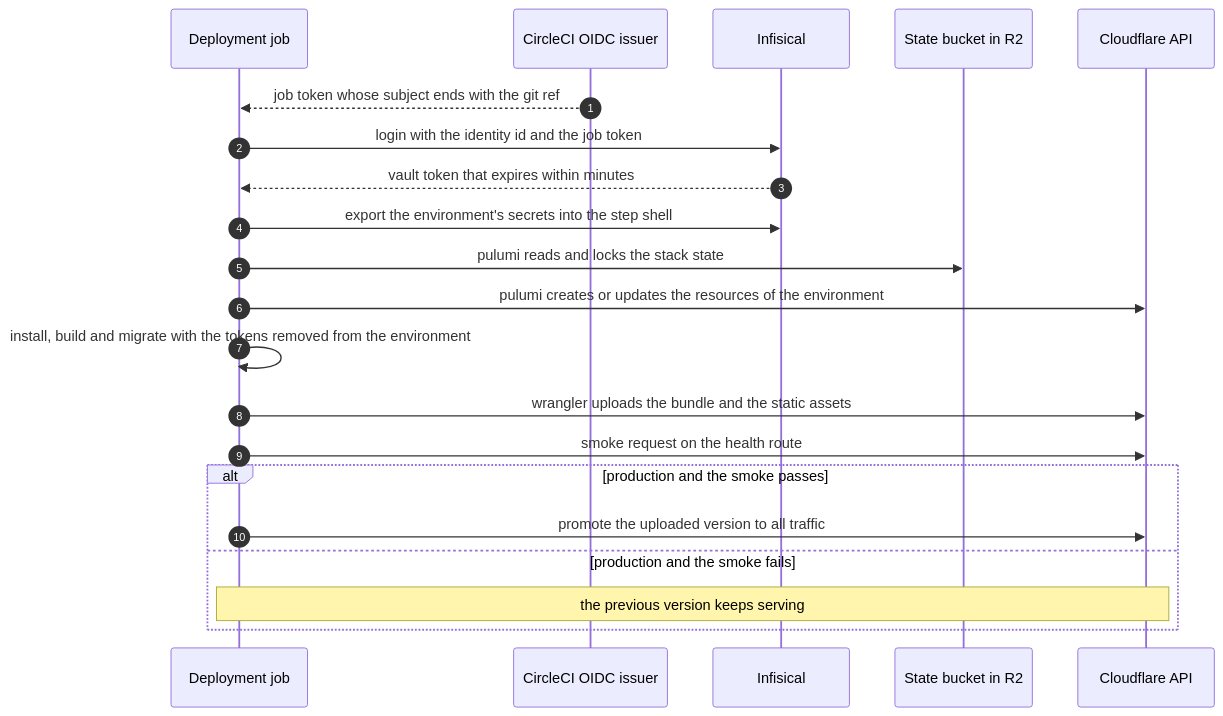
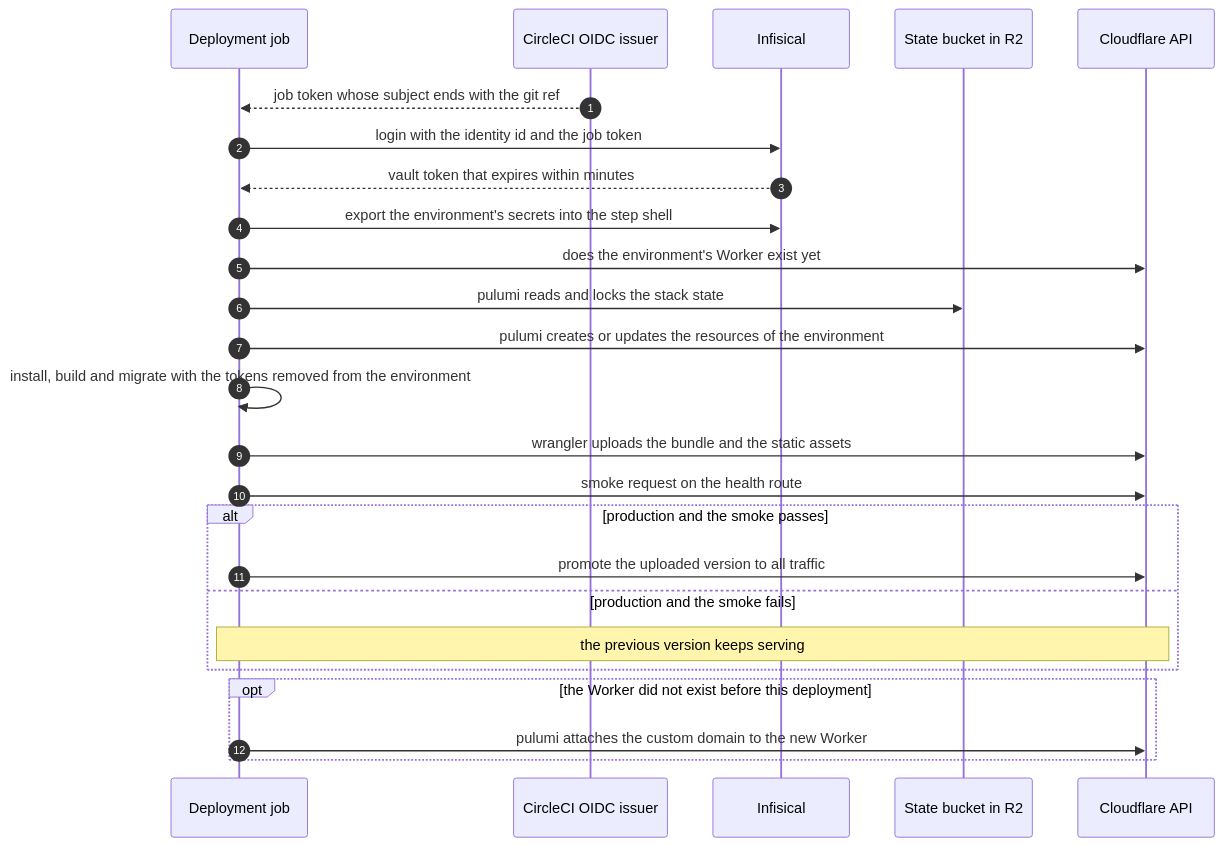
The third of 3 diagrams in docs/architecture.md (NextNodeSolutions/infrastructure), drawn with Mermaid before and after one commit. The commit also changed other lines of this file and 1 other file, not shown here.

Commit message:
docs: pulumi program in the pipeline file, custom domain after the first deployment, state in R2 with the token

````diff
--- a/docs/architecture.md
+++ b/docs/architecture.md
@@ -88,23 +88,27 @@
 ```mermaid
 sequenceDiagram
     autonumber
     participant J as Deployment job
     participant O as CircleCI OIDC issuer
     participant V as Infisical
     participant S as State bucket in R2
     participant F as Cloudflare API
     O-->>J: job token whose subject ends with the git ref
     J->>V: login with the identity id and the job token
     V-->>J: vault token that expires within minutes
     J->>V: export the environment's secrets into the step shell
+    J->>F: does the environment's Worker exist yet
     J->>S: pulumi reads and locks the stack state
     J->>F: pulumi creates or updates the resources of the environment
     J->>J: install, build and migrate with the tokens removed from the environment
     J->>F: wrangler uploads the bundle and the static assets
     J->>F: smoke request on the health route
     alt production and the smoke passes
         J->>F: promote the uploaded version to all traffic
     else production and the smoke fails
         Note over J,F: the previous version keeps serving
     end
+    opt the Worker did not exist before this deployment
+        J->>F: pulumi attaches the custom domain to the new Worker
+    end
 ```
````
